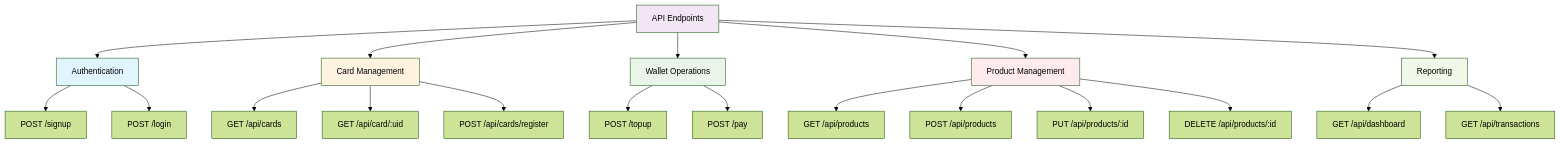
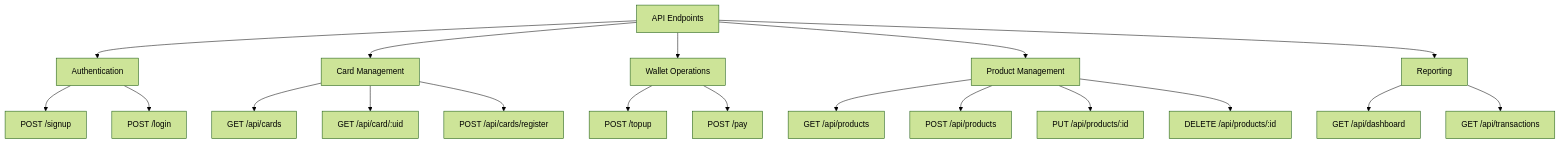
The third of 4 diagrams in README.md (Tresorbana/BillIO), drawn with Mermaid (forest theme) before and after one commit. The commit also changed other lines of this file and 1 other file, not shown here.

Commit message:
Fixed Mermaid diagram rendering issues by simplifying diagrams

````diff
--- a/README.md
+++ b/README.md
@@ -145,33 +132,26 @@
 ```mermaid
 graph TD
     A[API Endpoints] --> B[Authentication]
     A --> C[Card Management]
     A --> D[Wallet Operations]
     A --> E[Product Management]
     A --> F[Reporting]
 
     B --> B1[POST /signup]
     B --> B2[POST /login]
 
     C --> C1[GET /api/cards]
     C --> C2[GET /api/card/:uid]
     C --> C3[POST /api/cards/register]
 
     D --> D1[POST /topup]
     D --> D2[POST /pay]
 
     E --> E1[GET /api/products]
     E --> E2[POST /api/products]
     E --> E3[PUT /api/products/:id]
     E --> E4[DELETE /api/products/:id]
 
     F --> F1[GET /api/dashboard]
     F --> F2[GET /api/transactions]
-
-    style A fill:#f3e5f5
-    style B fill:#e1f5fe
-    style C fill:#fff3e0
-    style D fill:#e8f5e8
-    style E fill:#ffebee
-    style F fill:#f1f8e9
 ```
````
